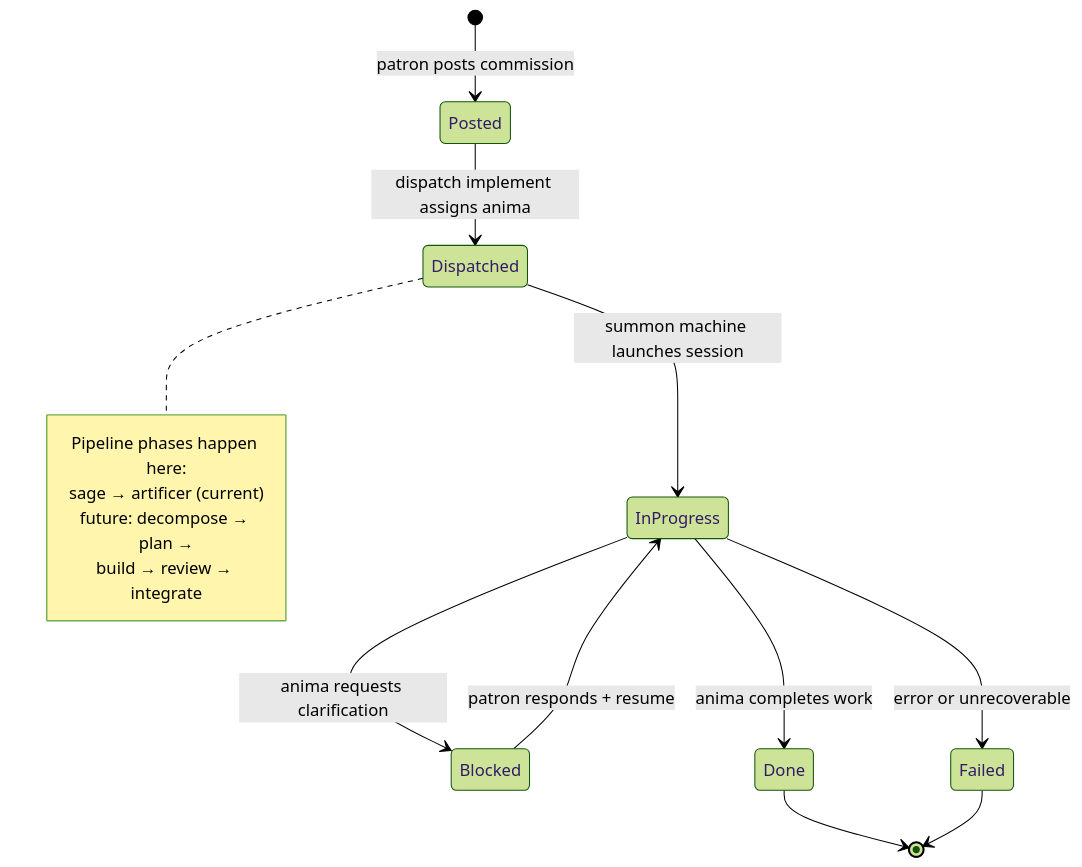
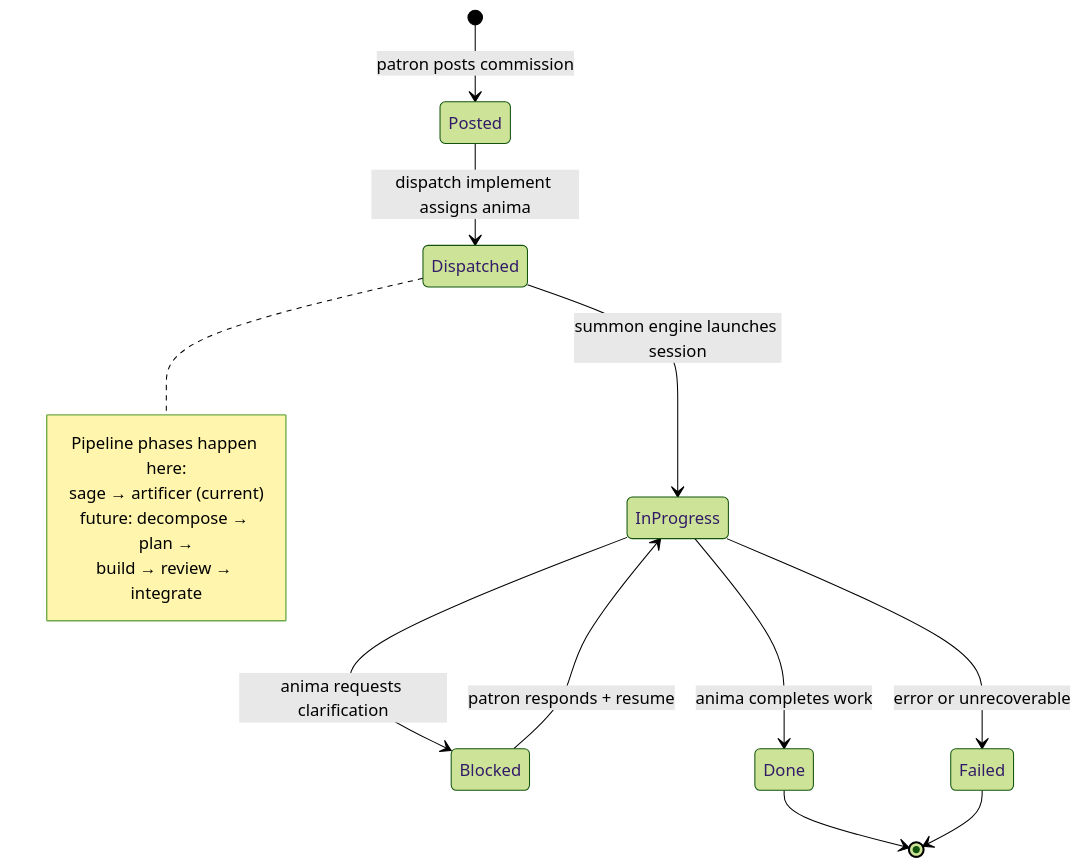
Before and after one commit to shardworks/nexus-mk2: the third of 3 diagrams in .scratch/guild-architecture-diagrams.md, drawn with Mermaid (forest theme). The commit also changed other lines of this file and 7 other files, not shown here.

First line of the commit message:
refine guild architecture and metaphor vocabulary

````diff
--- a/.scratch/guild-architecture-diagrams.md
+++ b/.scratch/guild-architecture-diagrams.md
@@ -139,22 +139,22 @@
 ```mermaid
 stateDiagram-v2
     [*] --> Posted: patron posts commission
     Posted --> Dispatched: dispatch implement assigns anima
-    Dispatched --> InProgress: summon machine launches session
+    Dispatched --> InProgress: summon engine launches session
 
     InProgress --> Blocked: anima requests clarification
     Blocked --> InProgress: patron responds + resume
 
     InProgress --> Done: anima completes work
     InProgress --> Failed: error or unrecoverable
 
     Done --> [*]
     Failed --> [*]
 
     note right of Dispatched
         Pipeline phases happen here:
         sage → artificer (current)
         future: decompose → plan →
         build → review → integrate
     end note
 ```
````
